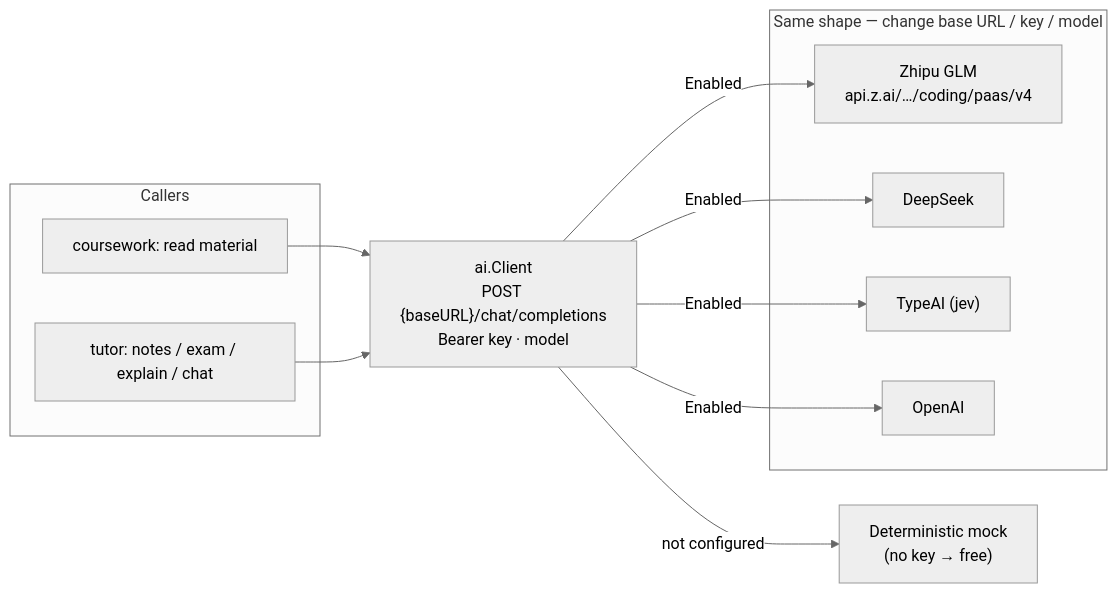
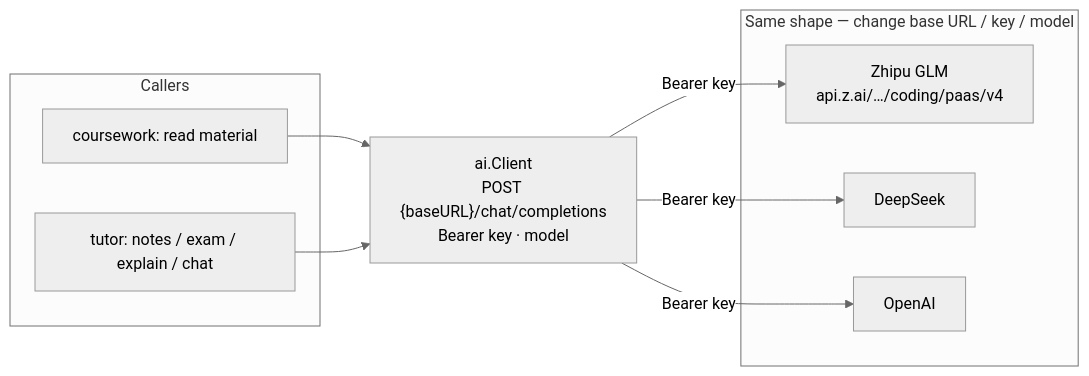
Before and after one commit to akbarharyadi/homework-studio: the sixth of 8 diagrams in docs/TECHNICAL.md, drawn with Mermaid (neutral theme). The commit also changed other lines of this file and 17 other files, not shown here.

````diff
--- a/docs/TECHNICAL.md
+++ b/docs/TECHNICAL.md
@@ -353,20 +353,17 @@
 ```mermaid
 flowchart LR
     subgraph Callers
         PIPE["coursework: read material"]
         TUTX["tutor: notes / exam / explain / chat"]
     end
     CLI["ai.Client<br/>POST {baseURL}/chat/completions<br/>Bearer key · model"]
     subgraph Providers["Same shape — change base URL / key / model"]
         GLM["Zhipu GLM<br/>api.z.ai/…/coding/paas/v4"]
         DS["DeepSeek"]
-        TY["TypeAI (jev)"]
         OA["OpenAI"]
     end
-    MOCK["Deterministic mock<br/>(no key → free)"]
 
     PIPE --> CLI
     TUTX --> CLI
-    CLI -->|Enabled| GLM & DS & TY & OA
-    CLI -->|not configured| MOCK
+    CLI -->|Bearer key| GLM & DS & OA
 ```
````
